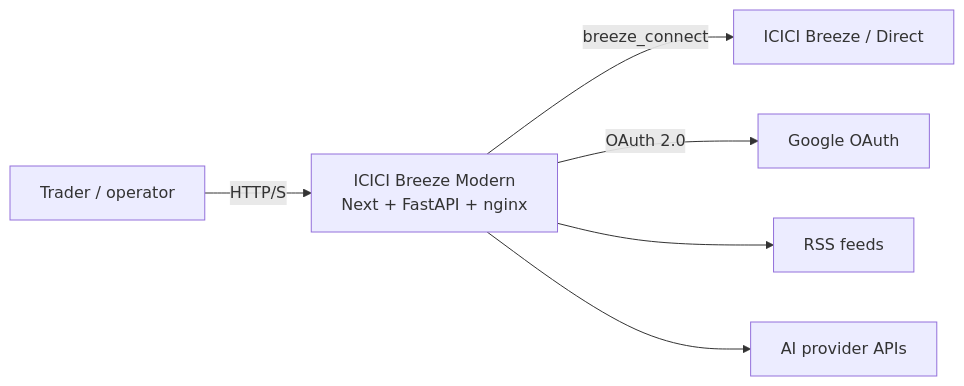
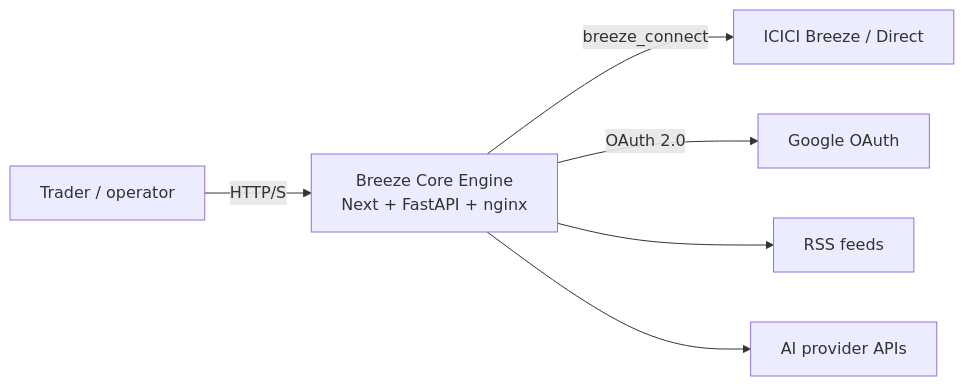
One commit to AmitMhatre-Code/breeze-core-engine changed the first of 3 diagrams in docs/architecture.md. Above: the diagram before and after it, drawn with Mermaid. The commit also changed other lines of this file and 24 other files, not shown here.

````diff
--- a/docs/architecture.md
+++ b/docs/architecture.md
@@ -9,15 +9,15 @@
 ```mermaid
 flowchart LR
   U[Trader / operator]
-  APP[ICICI Breeze Modern\nNext + FastAPI + nginx]
+  APP[Breeze Core Engine\nNext + FastAPI + nginx]
   ICICI[ICICI Breeze / Direct]
   GOOG[Google OAuth]
   RSS[RSS feeds]
   AI[AI provider APIs]
 
   U -->|HTTP/S| APP
   APP -->|breeze_connect| ICICI
   APP -->|OAuth 2.0| GOOG
   APP --> RSS
   APP --> AI
 ```
````
